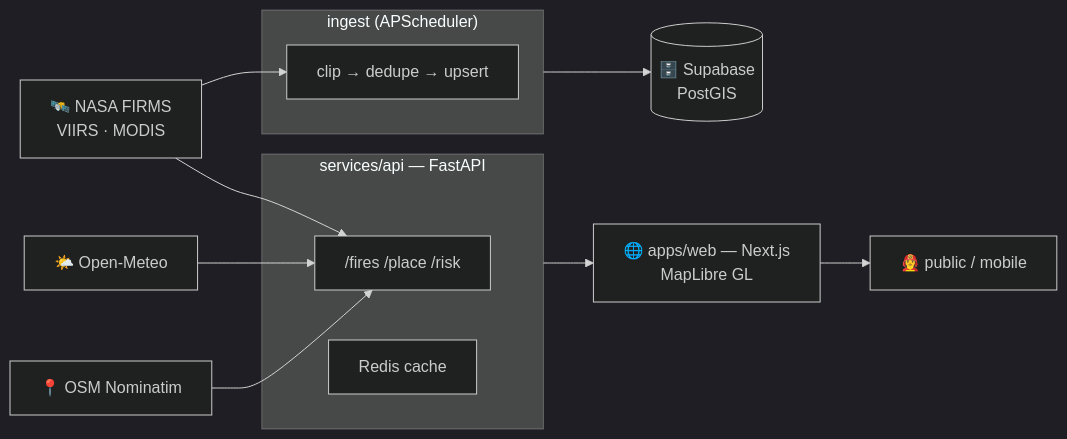
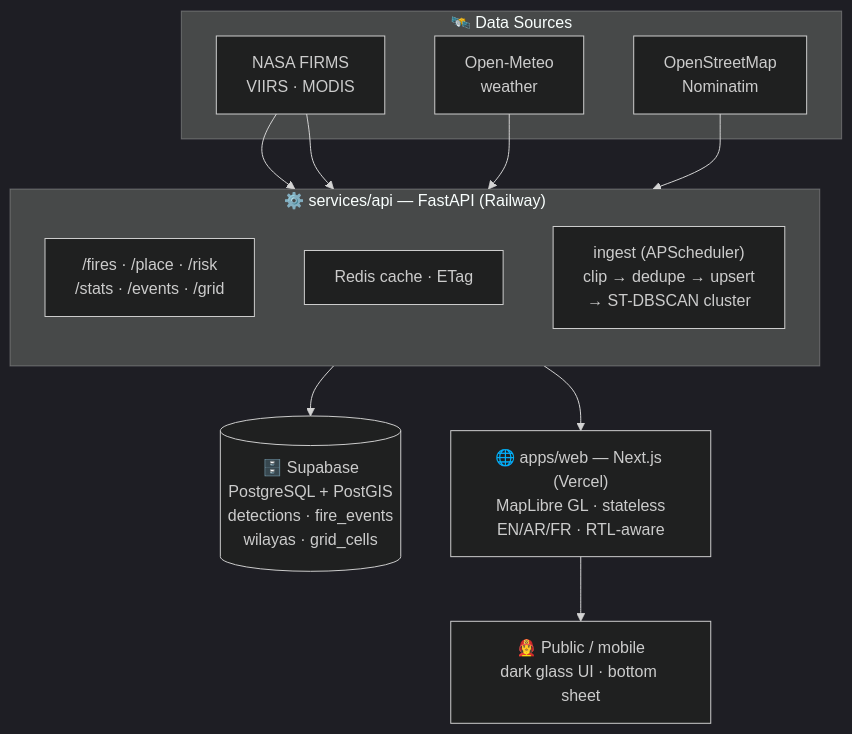
One commit to digiflowhelp-stack/EarthRise changed the diagram in README.md. Above: the diagram before and after it, drawn with Mermaid (dark theme). The commit also changed other lines of this file, not shown here.

````diff
--- a/README.md
+++ b/README.md
@@ -142,25 +101,26 @@
 ```mermaid
-flowchart LR
-    FIRMS["🛰️ NASA FIRMS<br/>VIIRS · MODIS"]
-    METEO["🌤️ Open-Meteo"]
-    OSM["📍 OSM Nominatim"]
-
-    subgraph API["services/api — FastAPI"]
-        R["/fires /place /risk<br/ /stats /events"]
-        C["Redis cache"]
+flowchart TB
+    subgraph Space["🛰️ Data Sources"]
+        FIRMS["NASA FIRMS<br/>VIIRS · MODIS"]
+        METEO["Open-Meteo<br/>weather"]
+        OSM["OpenStreetMap<br/>Nominatim"]
     end
 
-    subgraph ING["ingest (APScheduler)"]
-        I["clip → dedupe → upsert<br/→ ST-DBSCAN cluster"]
+    subgraph API["⚙️ services/api — FastAPI (Railway)"]
+        direction TB
+        R["/fires · /place · /risk<br/>/stats · /events · /grid"]
+        C["Redis cache · ETag"]
+        I["ingest (APScheduler)<br/>clip → dedupe → upsert<br/>→ ST-DBSCAN cluster"]
     end
 
-    DB[("🗄️ Supabase<br/>PostGIS")]
-    WEB["🌐 apps/web — Next.js<br/>MapLibre GL"]
-    USER["👩‍🚒 public / mobile"]
+    DB[("🗄️ Supabase<br/>PostgreSQL + PostGIS<br/>detections · fire_events<br/>wilayas · grid_cells")]
+    WEB["🌐 apps/web — Next.js (Vercel)<br/>MapLibre GL · stateless<br/>EN/AR/FR · RTL-aware"]
+    USER["👩‍🚒 Public / mobile<br/>dark glass UI · bottom sheet"]
 
-    FIRMS --> R & I
+    FIRMS --> R
+    FIRMS --> I
     METEO --> R
     OSM --> R
-    ING --> DB
+    I --> DB
     API --> WEB --> USER
 ```
````
